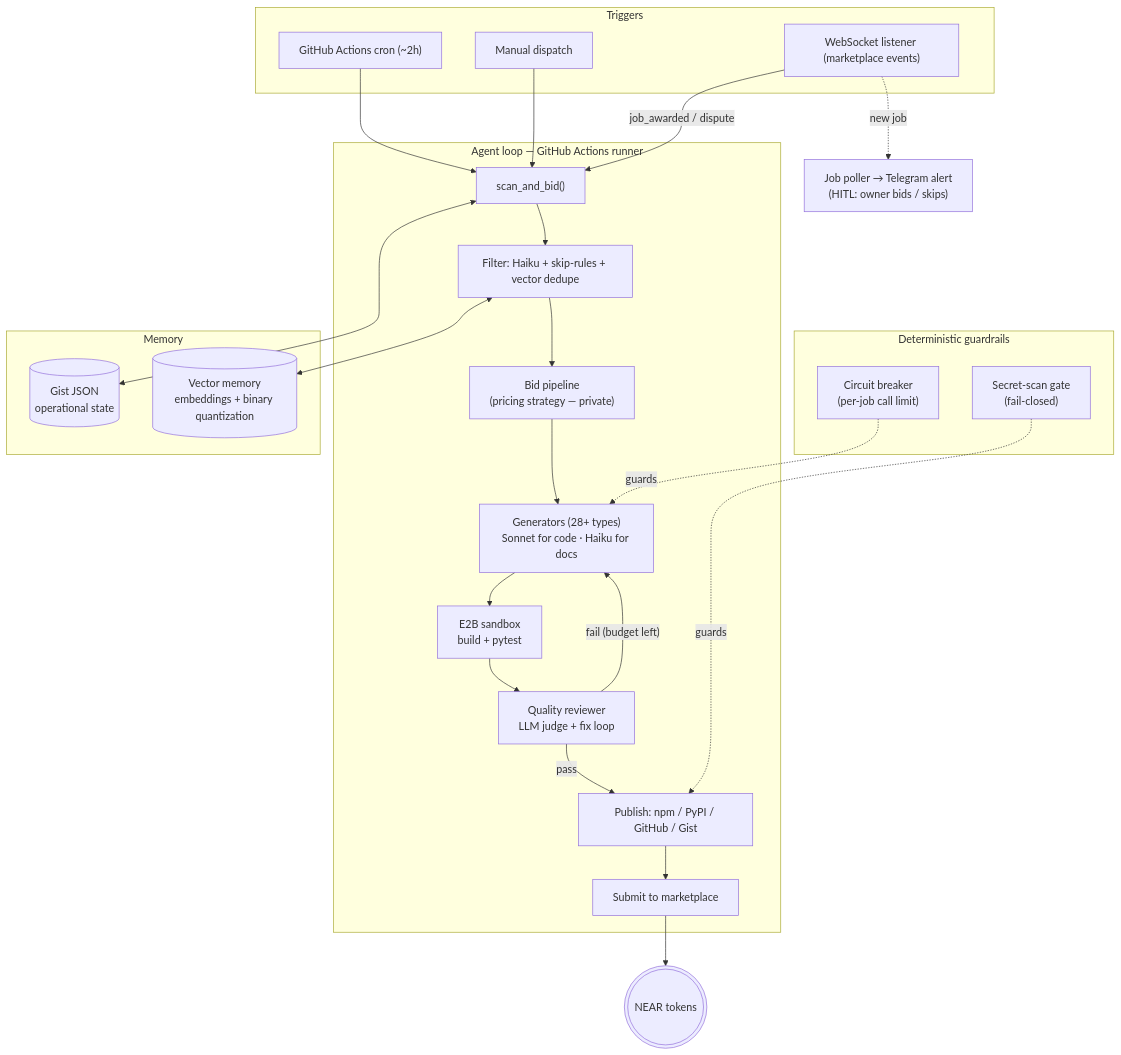
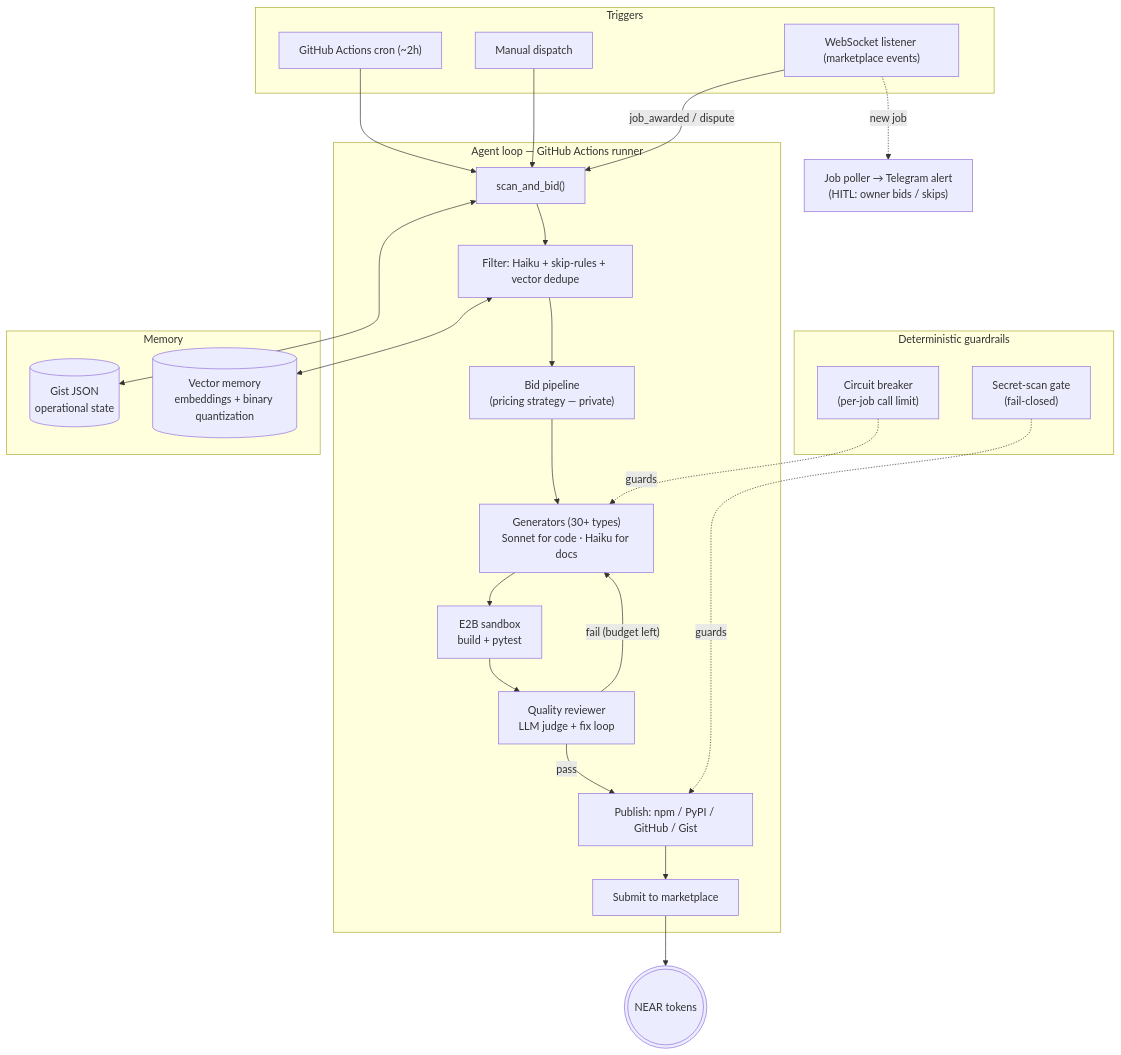
Before and after one commit to worksOnMyFridge/budget-skynet: the diagram in README.md, drawn with Mermaid. The commit also changed other lines of this file and 1 other file, not shown here.

````diff
--- a/README.md
+++ b/README.md
@@ -59,41 +50,41 @@
 ```mermaid
 flowchart TB
     subgraph TRIG["Triggers"]
         cron["GitHub Actions cron (~2h)"]
         disp["Manual dispatch"]
         ws["WebSocket listener (marketplace events)"]
     end
 
     ws -. "new job" .-> poll["Job poller → Telegram alert<br/>(HITL: owner bids / skips)"]
 
     cron --> scan
     disp --> scan
     ws -- "job_awarded / dispute" --> scan
 
     subgraph LOOP["Agent loop — GitHub Actions runner"]
         scan["scan_and_bid()"] --> filt["Filter: Haiku + skip-rules + vector dedupe"]
         filt --> bid["Bid pipeline<br/>(pricing strategy — private)"]
-        bid --> gen["Generators (28+ types)<br/>Sonnet for code · Haiku for docs"]
+        bid --> gen["Generators (30+ types)<br/>Sonnet for code · Haiku for docs"]
         gen --> sbx["E2B sandbox<br/>build + pytest"]
         sbx --> qa["Quality reviewer<br/>LLM judge + fix loop"]
         qa -- "fail (budget left)" --> gen
         qa -- "pass" --> pub["Publish: npm / PyPI / GitHub / Gist"]
         pub --> sub["Submit to marketplace"]
     end
 
     subgraph GUARD["Deterministic guardrails"]
         cb["Circuit breaker<br/>(per-job call limit)"]
         ss["Secret-scan gate<br/>(fail-closed)"]
     end
     cb -. guards .-> gen
     ss -. guards .-> pub
 
     subgraph MEM["Memory"]
         gist[("Gist JSON<br/>operational state")]
         vec[("Vector memory<br/>embeddings + binary quantization")]
     end
     scan <--> gist
     filt <--> vec
 
     sub --> near((("NEAR tokens")))
 ```
````
